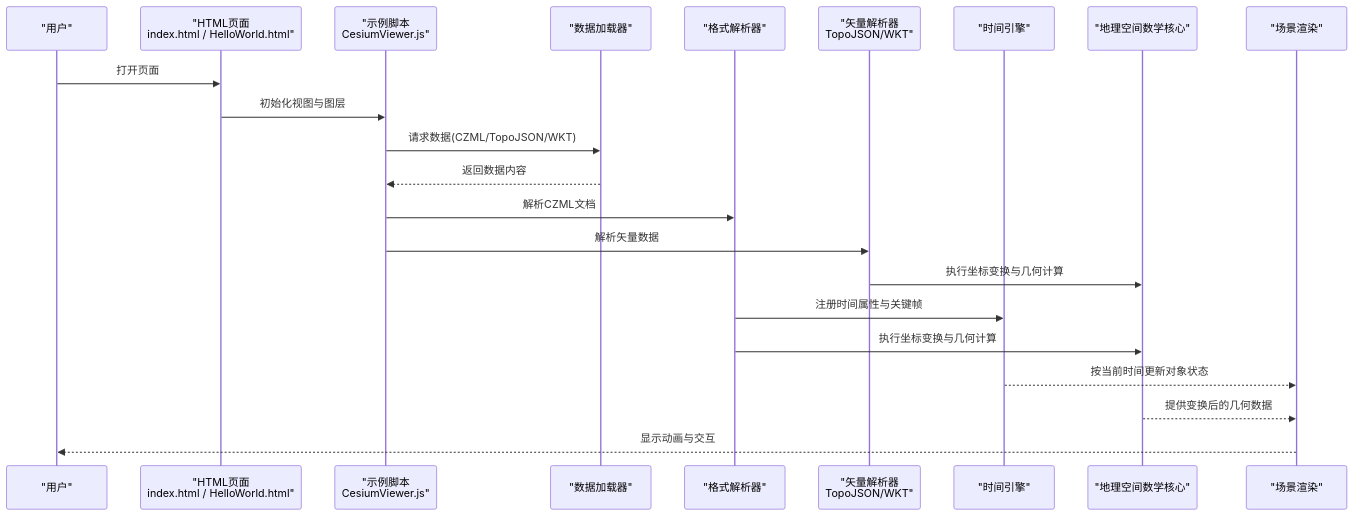
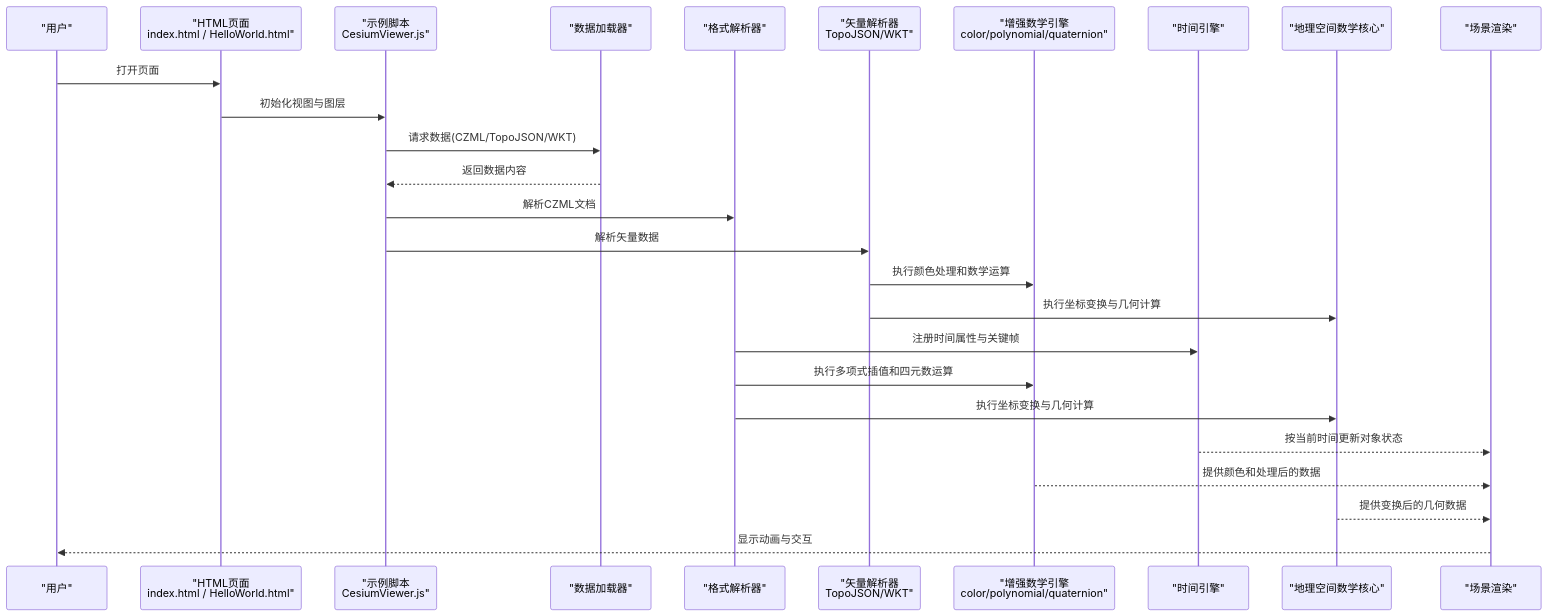
One commit to rzhangjing/cesium changed the second of 12 diagrams in .qoder/repowiki/zh/content/项目概述/核心特性/地理空间数据处理/地理空间数据处理.md. Above: the diagram before and after it, drawn with Mermaid. The commit also changed other lines of this file and 56 other files, not shown here.

````diff
--- a/.qoder/repowiki/zh/content/项目概述/核心特性/地理空间数据处理/地理空间数据处理.md
+++ b/.qoder/repowiki/zh/content/项目概述/核心特性/地理空间数据处理/地理空间数据处理.md
@@ -143,24 +156,28 @@
 ```mermaid
 sequenceDiagram
 participant U as "用户"
 participant HTML as "HTML页面<br/>index.html / HelloWorld.html"
 participant JS as "示例脚本<br/>CesiumViewer.js"
 participant Loader as "数据加载器"
 participant Parser as "格式解析器"
 participant VectorParser as "矢量解析器<br/>TopoJSON/WKT"
+participant MathEngine as "增强数学引擎<br/>color/polynomial/quaternion"
 participant Time as "时间引擎"
 participant GeoMath as "地理空间数学核心"
 participant Scene as "场景渲染"
 U->>HTML : 打开页面
 HTML->>JS : 初始化视图与图层
 JS->>Loader : 请求数据(CZML/TopoJSON/WKT)
 Loader-->>JS : 返回数据内容
 JS->>Parser : 解析CZML文档
 JS->>VectorParser : 解析矢量数据
+VectorParser->>MathEngine : 执行颜色处理和数学运算
 VectorParser->>GeoMath : 执行坐标变换与几何计算
 Parser->>Time : 注册时间属性与关键帧
+Parser->>MathEngine : 执行多项式插值和四元数运算
 Parser->>GeoMath : 执行坐标变换与几何计算
 Time-->>Scene : 按当前时间更新对象状态
+MathEngine-->>Scene : 提供颜色和处理后的数据
 GeoMath-->>Scene : 提供变换后的几何数据
 Scene-->>U : 显示动画与交互
 ```
````
